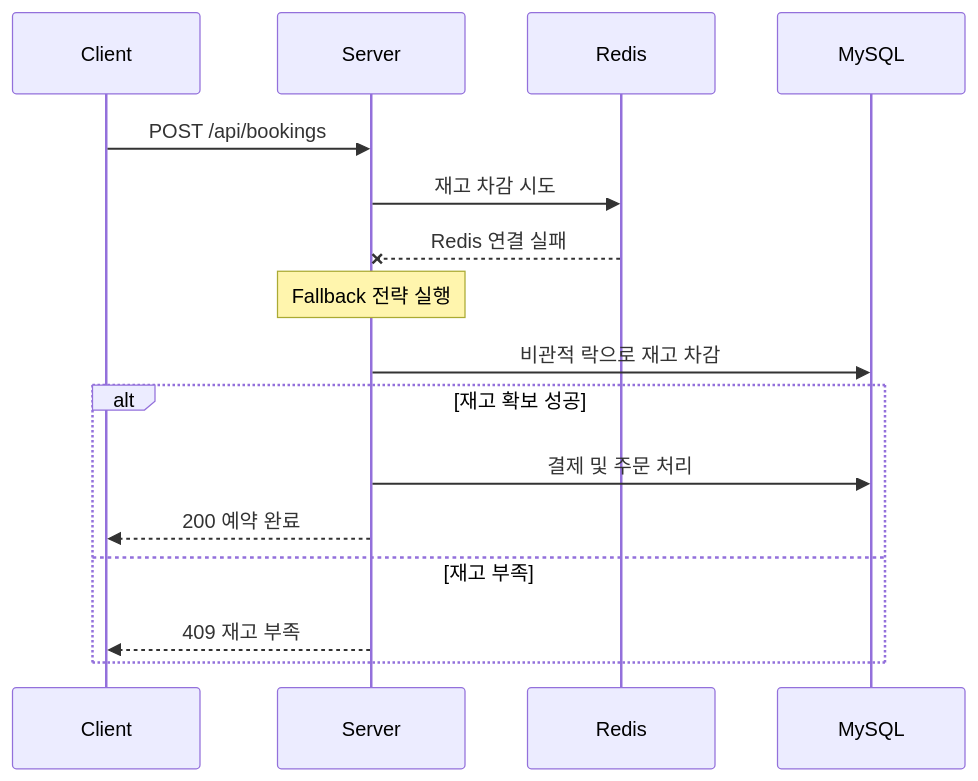
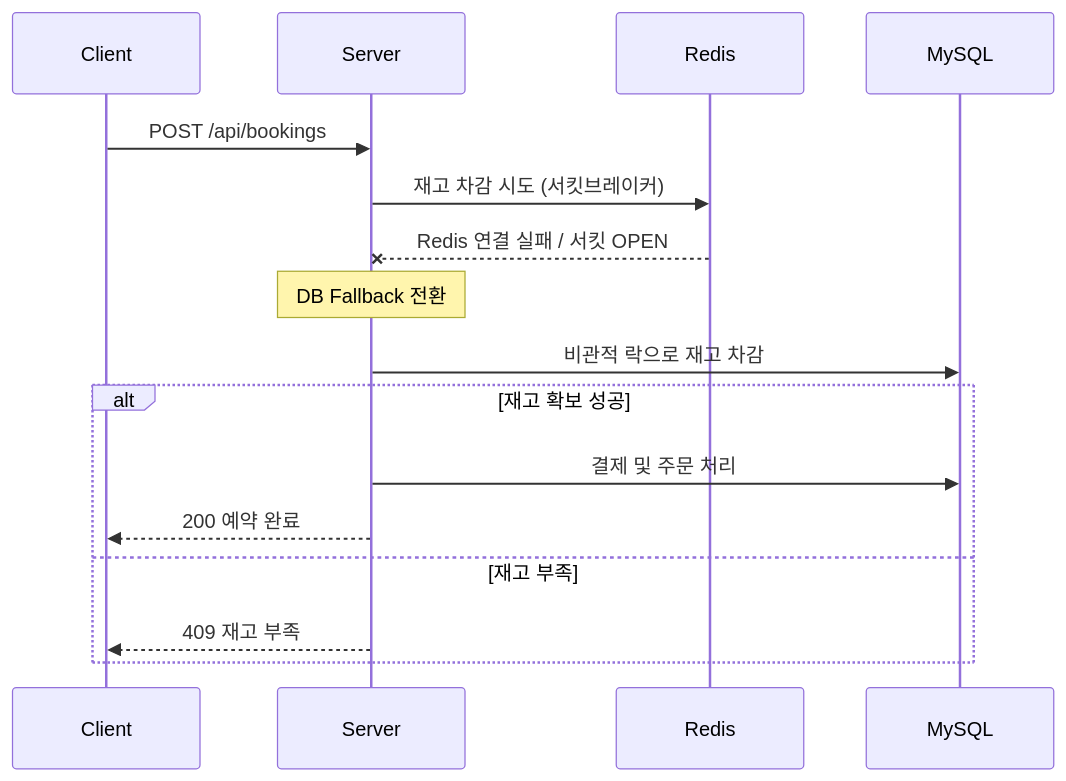
The fourth of 4 diagrams in README.md (hyunmin0317/reservation-payment-platform), drawn with Mermaid before and after one commit. The commit also changed other lines of this file and 2 other files, not shown here.

````diff
--- a/README.md
+++ b/README.md
@@ -386,21 +387,21 @@
 ```mermaid
 sequenceDiagram
     participant C as Client
     participant S as Server
     participant R as Redis
     participant DB as MySQL
 
     C->>S: POST /api/bookings
-    S->>R: 재고 차감 시도
-    R--xS: Redis 연결 실패
+    S->>R: 재고 차감 시도 (서킷브레이커)
+    R--xS: Redis 연결 실패 / 서킷 OPEN
 
-    Note over S: Fallback 전략 실행
+    Note over S: DB Fallback 전환
 
     S->>DB: 비관적 락으로 재고 차감
     alt 재고 확보 성공
         S->>DB: 결제 및 주문 처리
         S-->>C: 200 예약 완료
     else 재고 부족
         S-->>C: 409 재고 부족
     end
 ```
````
